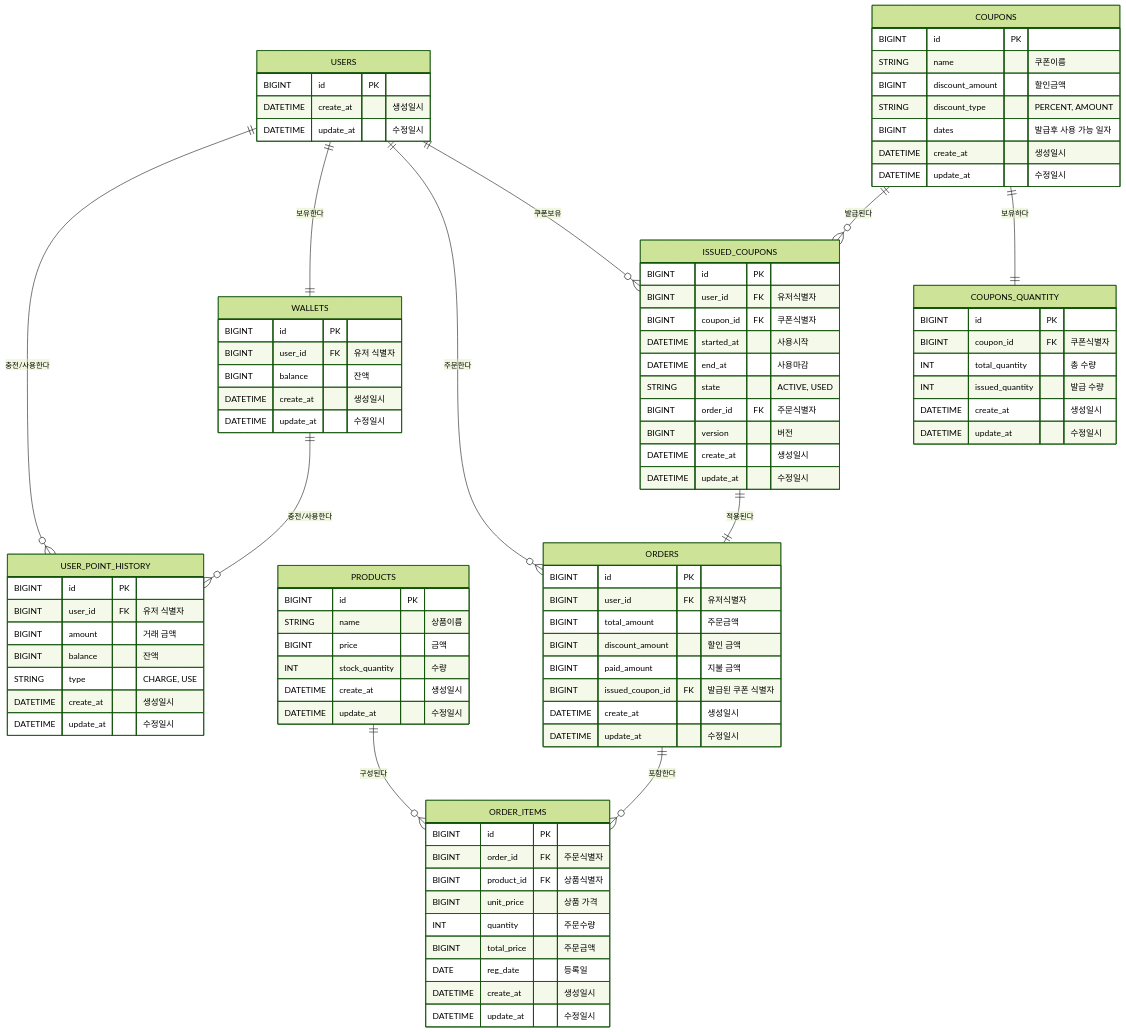
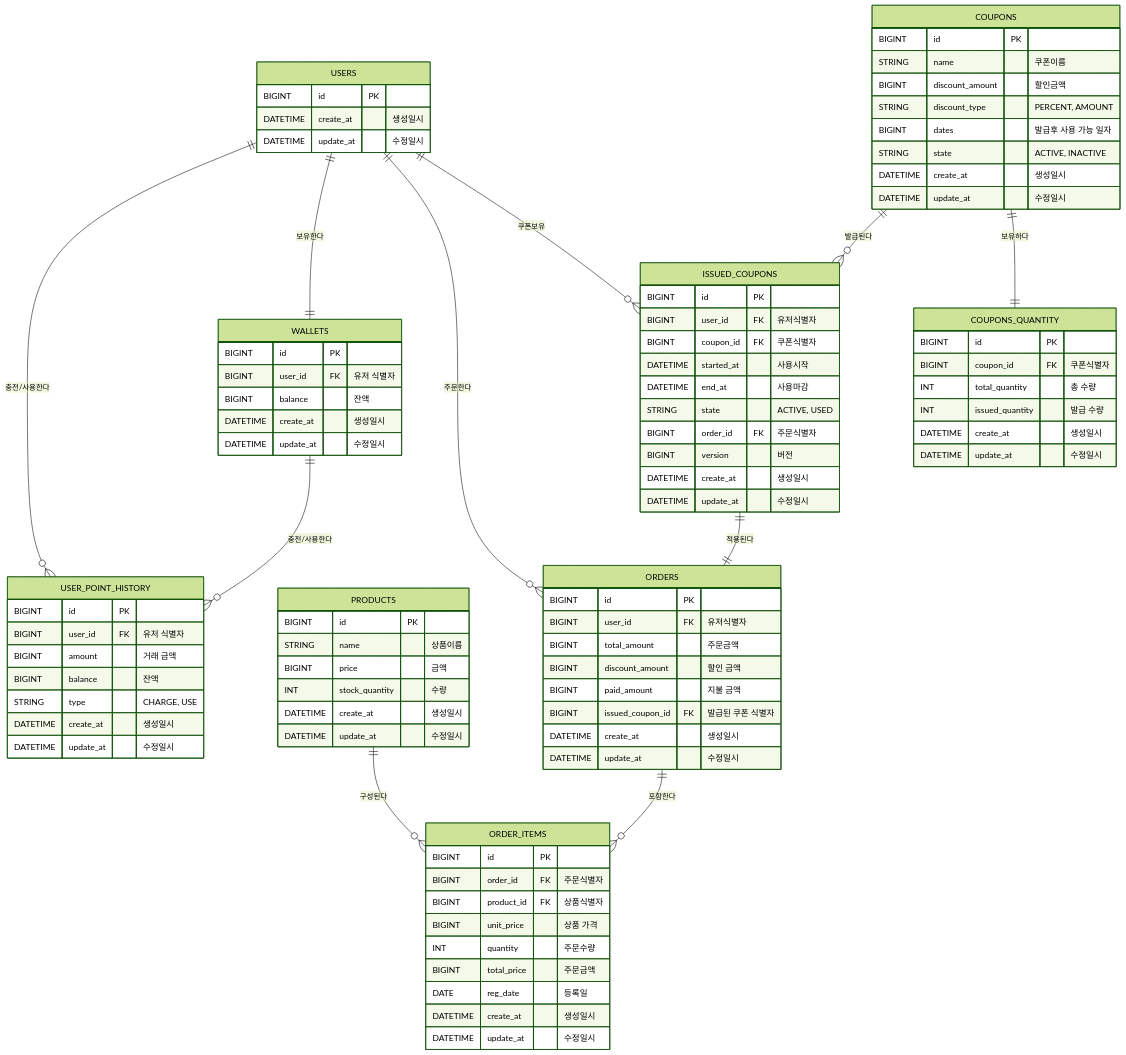
The diagram in docs/erd-diagram.md (HyunJng/e-commerce), drawn with Mermaid (forest theme) before and after one commit. The commit also changed 24 other files, not shown here.

```diff
--- a/docs/erd-diagram.md
+++ b/docs/erd-diagram.md
@@ -65,6 +65,7 @@
         BIGINT discount_amount "할인금액"
         STRING discount_type "PERCENT, AMOUNT"
         BIGINT dates "발급후 사용 가능 일자"
+        STRING state "ACTIVE, INACTIVE"
         DATETIME create_at "생성일시"
         DATETIME update_at "수정일시"
     }
```
